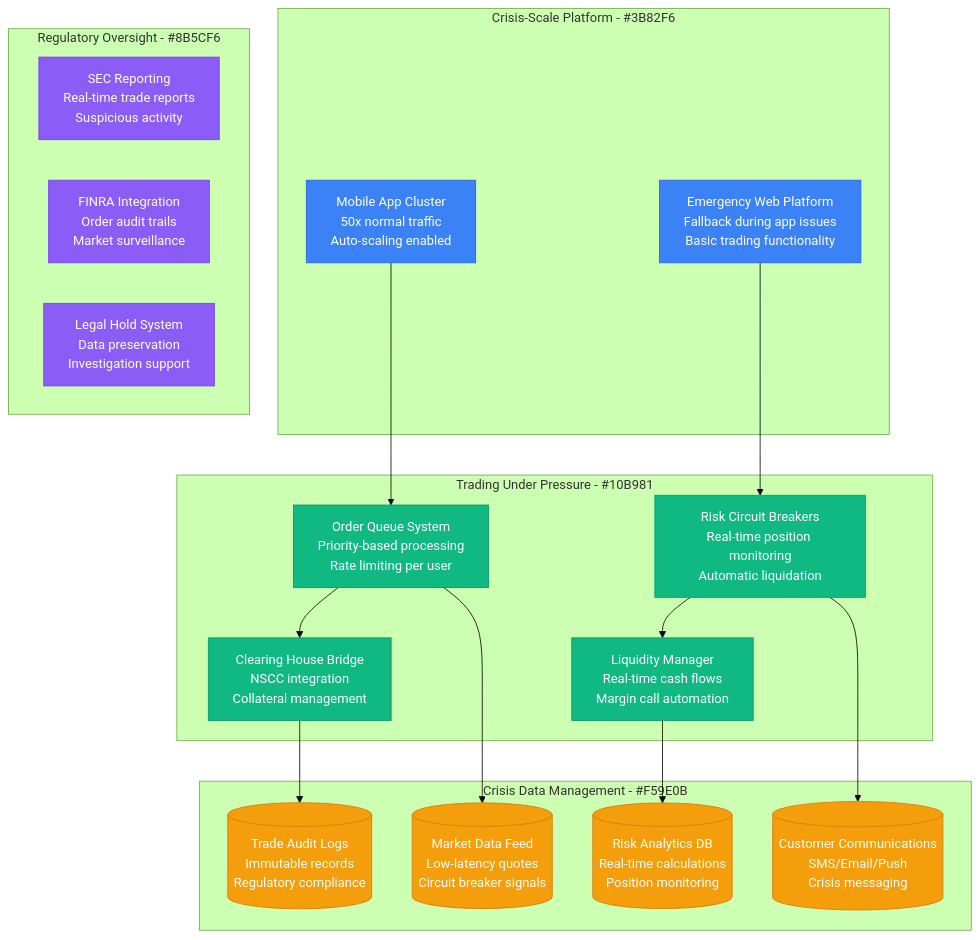
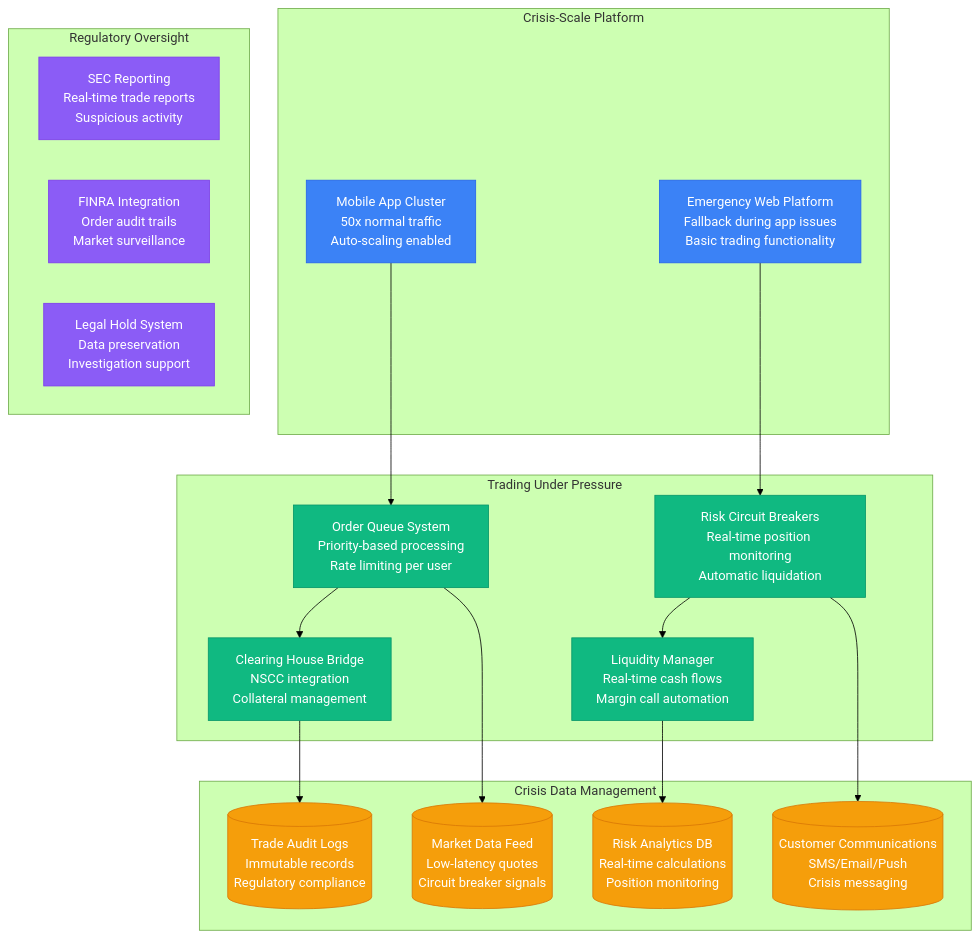
One commit to deepaucksharma/DS changed the third of 4 diagrams in site/docs/scaling/robinhood-scale-evolution.md. Above: the diagram before and after it, drawn with Mermaid (forest theme). The commit also changed other lines of this file and 169 other files, not shown here.

````diff
--- a/site/docs/scaling/robinhood-scale-evolution.md
+++ b/site/docs/scaling/robinhood-scale-evolution.md
@@ -107,46 +107,46 @@
 ```mermaid
 graph TB
-    subgraph CrisisScale[Crisis-Scale Platform - #3B82F6]
+    subgraph CrisisScale["Crisis-Scale Platform"]
         MOBILE_SURGE[Mobile App Cluster<br/>50x normal traffic<br/>Auto-scaling enabled]
         WEB_EMERGENCY[Emergency Web Platform<br/>Fallback during app issues<br/>Basic trading functionality]
     end
 
-    subgraph TradingUnderPressure[Trading Under Pressure - #10B981]
+    subgraph TradingUnderPressure["Trading Under Pressure"]
         ORDER_QUEUE[Order Queue System<br/>Priority-based processing<br/>Rate limiting per user]
         RISK_CIRCUIT[Risk Circuit Breakers<br/>Real-time position monitoring<br/>Automatic liquidation]
         CLEARING_BRIDGE[Clearing House Bridge<br/>NSCC integration<br/>Collateral management]
         LIQUIDITY_MGR[Liquidity Manager<br/>Real-time cash flows<br/>Margin call automation]
     end
 
-    subgraph CrisisData[Crisis Data Management - #F59E0B]
+    subgraph CrisisData["Crisis Data Management"]
         TRADE_LOGS[(Trade Audit Logs<br/>Immutable records<br/>Regulatory compliance)]
         RISK_ANALYTICS[(Risk Analytics DB<br/>Real-time calculations<br/>Position monitoring)]
         MARKET_FEED[(Market Data Feed<br/>Low-latency quotes<br/>Circuit breaker signals)]
         CUSTOMER_COMMS[(Customer Communications<br/>SMS/Email/Push<br/>Crisis messaging)]
     end
 
-    subgraph RegulatoryOverwatch[Regulatory Oversight - #8B5CF6]
+    subgraph RegulatoryOverwatch["Regulatory Oversight"]
         SEC_REPORTING[SEC Reporting<br/>Real-time trade reports<br/>Suspicious activity]
         FINRA_BRIDGE[FINRA Integration<br/>Order audit trails<br/>Market surveillance]
         LEGAL_HOLDS[Legal Hold System<br/>Data preservation<br/>Investigation support]
     end
 
     MOBILE_SURGE --> ORDER_QUEUE
     WEB_EMERGENCY --> RISK_CIRCUIT
     ORDER_QUEUE --> CLEARING_BRIDGE
     RISK_CIRCUIT --> LIQUIDITY_MGR
     CLEARING_BRIDGE --> TRADE_LOGS
     LIQUIDITY_MGR --> RISK_ANALYTICS
     ORDER_QUEUE --> MARKET_FEED
     RISK_CIRCUIT --> CUSTOMER_COMMS
 
     classDef crisisStyle fill:#3B82F6,stroke:#2563EB,color:#fff
     classDef tradingStyle fill:#10B981,stroke:#059669,color:#fff
     classDef dataStyle fill:#F59E0B,stroke:#D97706,color:#fff
     classDef regulatoryStyle fill:#8B5CF6,stroke:#7C3AED,color:#fff
 
     class MOBILE_SURGE,WEB_EMERGENCY crisisStyle
     class ORDER_QUEUE,RISK_CIRCUIT,CLEARING_BRIDGE,LIQUIDITY_MGR tradingStyle
     class TRADE_LOGS,RISK_ANALYTICS,MARKET_FEED,CUSTOMER_COMMS dataStyle
     class SEC_REPORTING,FINRA_BRIDGE,LEGAL_HOLDS regulatoryStyle
 ```
````
